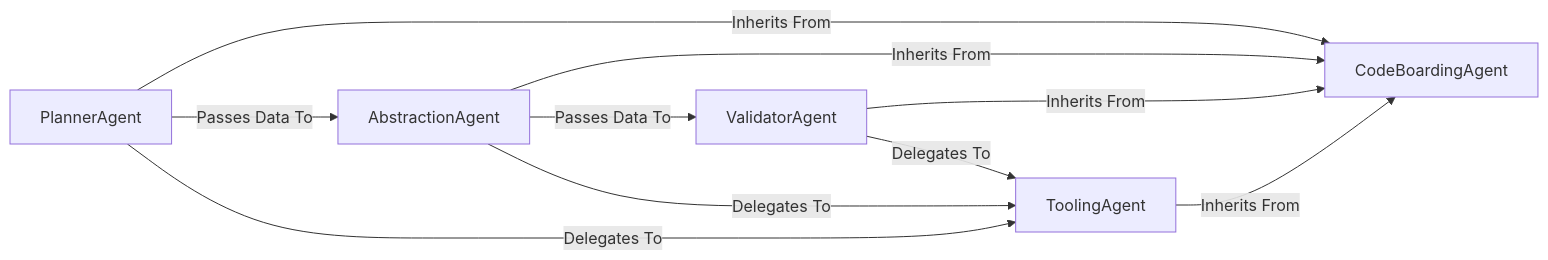
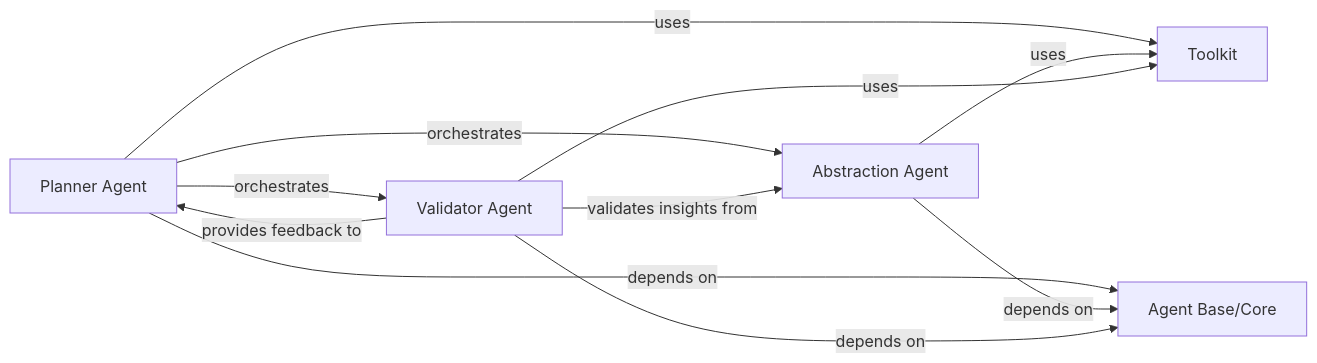
Before and after one commit to mariyam866/CodeBoarding: the diagram in .codeboarding/AI_Interpretation_Engine.md, drawn with Mermaid. The commit also changed other lines of this file and 13 other files, not shown here.

First line of the commit message:
docs: update codeboarding documentation and generate architecture

````diff
--- a/.codeboarding/AI_Interpretation_Engine.md
+++ b/.codeboarding/AI_Interpretation_Engine.md
@@ -1,17 +1,18 @@
 ```mermaid
 graph LR
-    CodeBoardingAgent["CodeBoardingAgent"]
-    PlannerAgent["PlannerAgent"]
-    AbstractionAgent["AbstractionAgent"]
-    ValidatorAgent["ValidatorAgent"]
-    ToolingAgent["ToolingAgent"]
-    PlannerAgent -- "Inherits From" --> CodeBoardingAgent
-    PlannerAgent -- "Passes Data To" --> AbstractionAgent
-    AbstractionAgent -- "Inherits From" --> CodeBoardingAgent
-    AbstractionAgent -- "Passes Data To" --> ValidatorAgent
-    ValidatorAgent -- "Inherits From" --> CodeBoardingAgent
-    ToolingAgent -- "Inherits From" --> CodeBoardingAgent
-    PlannerAgent -- "Delegates To" --> ToolingAgent
-    AbstractionAgent -- "Delegates To" --> ToolingAgent
-    ValidatorAgent -- "Delegates To" --> ToolingAgent
+    Planner_Agent["Planner Agent"]
+    Abstraction_Agent["Abstraction Agent"]
+    Validator_Agent["Validator Agent"]
+    Agent_Base_Core["Agent Base/Core"]
+    Toolkit["Toolkit"]
+    Planner_Agent -- "orchestrates" --> Abstraction_Agent
+    Planner_Agent -- "orchestrates" --> Validator_Agent
+    Planner_Agent -- "uses" --> Toolkit
+    Planner_Agent -- "depends on" --> Agent_Base_Core
+    Abstraction_Agent -- "uses" --> Toolkit
+    Abstraction_Agent -- "depends on" --> Agent_Base_Core
+    Validator_Agent -- "validates insights from" --> Abstraction_Agent
+    Validator_Agent -- "uses" --> Toolkit
+    Validator_Agent -- "provides feedback to" --> Planner_Agent
+    Validator_Agent -- "depends on" --> Agent_Base_Core
 ```
````
